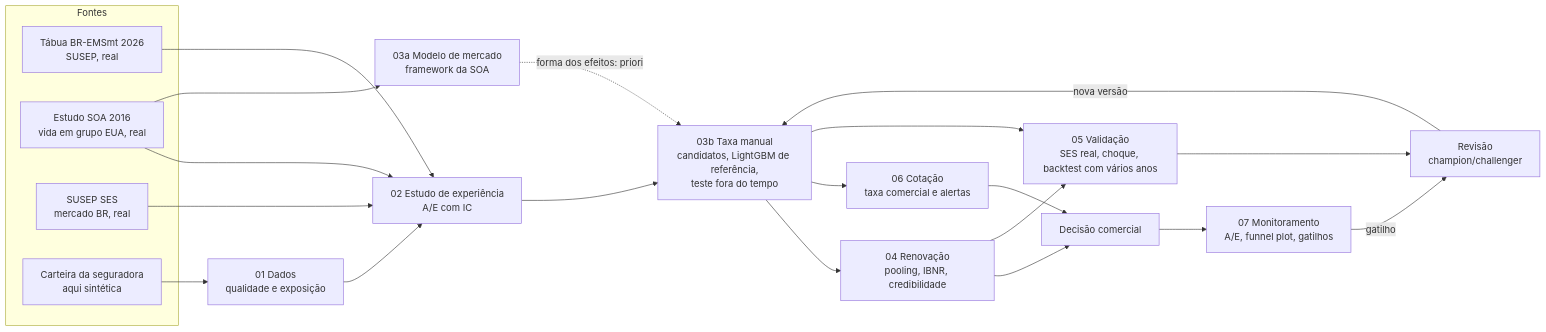
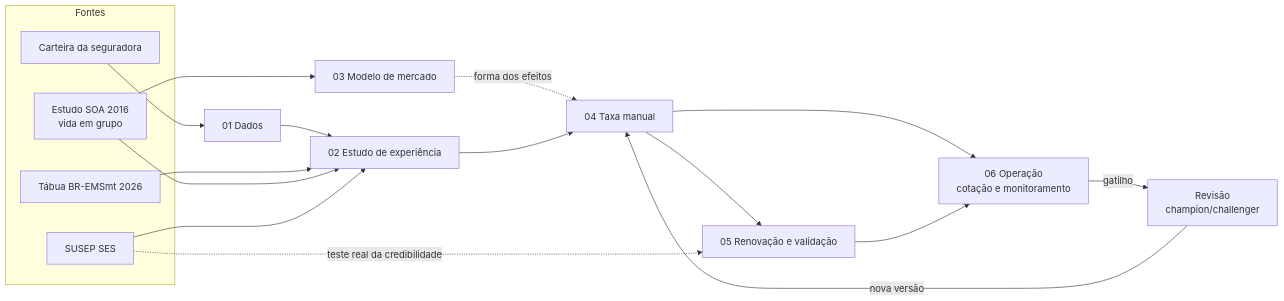
The diagram in README.md (arthurpmotta02/vida-grupo-pricing), drawn with Mermaid before and after one commit. The commit also changed other lines of this file and 84 other files, not shown here.

Commit message:
Notebooks por etapa (7), histórico do grupo na cotação, ponte única com o R, README e PDF do guia

````diff
--- a/README.md
+++ b/README.md
@@ -9,27 +26,23 @@
 ```mermaid
 flowchart LR
   subgraph F[Fontes]
-    T[Tábua BR-EMSmt 2026<br/>SUSEP, real]
-    SOA[Estudo SOA 2016<br/>vida em grupo EUA, real]
-    SES[SUSEP SES<br/>mercado BR, real]
-    C[Carteira da seguradora<br/>aqui sintética]
+    T[Tábua BR-EMSmt 2026]
+    SOA[Estudo SOA 2016<br/>vida em grupo]
+    SES[SUSEP SES]
+    C[Carteira da seguradora]
   end
-  C --> D[01 Dados<br/>qualidade e exposição]
-  D --> E[02 Estudo de experiência<br/>A/E com IC]
+  C --> D[01 Dados]
+  D --> E[02 Estudo de experiência]
   T --> E
   SOA --> E
   SES --> E
-  SOA --> MS[03a Modelo de mercado<br/>framework da SOA]
-  MS -. forma dos efeitos: priori .-> M
-  E --> M[03b Taxa manual<br/>candidatos, LightGBM de referência,<br/>teste fora do tempo]
-  M --> R[04 Renovação<br/>pooling, IBNR, credibilidade]
-  M --> COT2[06 Cotação<br/>taxa comercial e alertas]
-  R --> DEC[Decisão comercial]
-  COT2 --> DEC
-  R --> V[05 Validação<br/>SES real, choque, backtest com vários anos]
-  M --> V
-  DEC --> MON[07 Monitoramento<br/>A/E, funnel plot, gatilhos]
-  MON -- gatilho --> REV[Revisão<br/>champion/challenger]
-  V --> REV
+  SOA --> MS[03 Modelo de mercado]
+  MS -. forma dos efeitos .-> M
+  E --> M[04 Taxa manual]
+  M --> R[05 Renovação e validação]
+  SES -. teste real da credibilidade .-> R
+  M --> O[06 Operação<br/>cotação e monitoramento]
+  R --> O
+  O -- gatilho --> REV[Revisão<br/>champion/challenger]
   REV -- nova versão --> M
 ```
````
